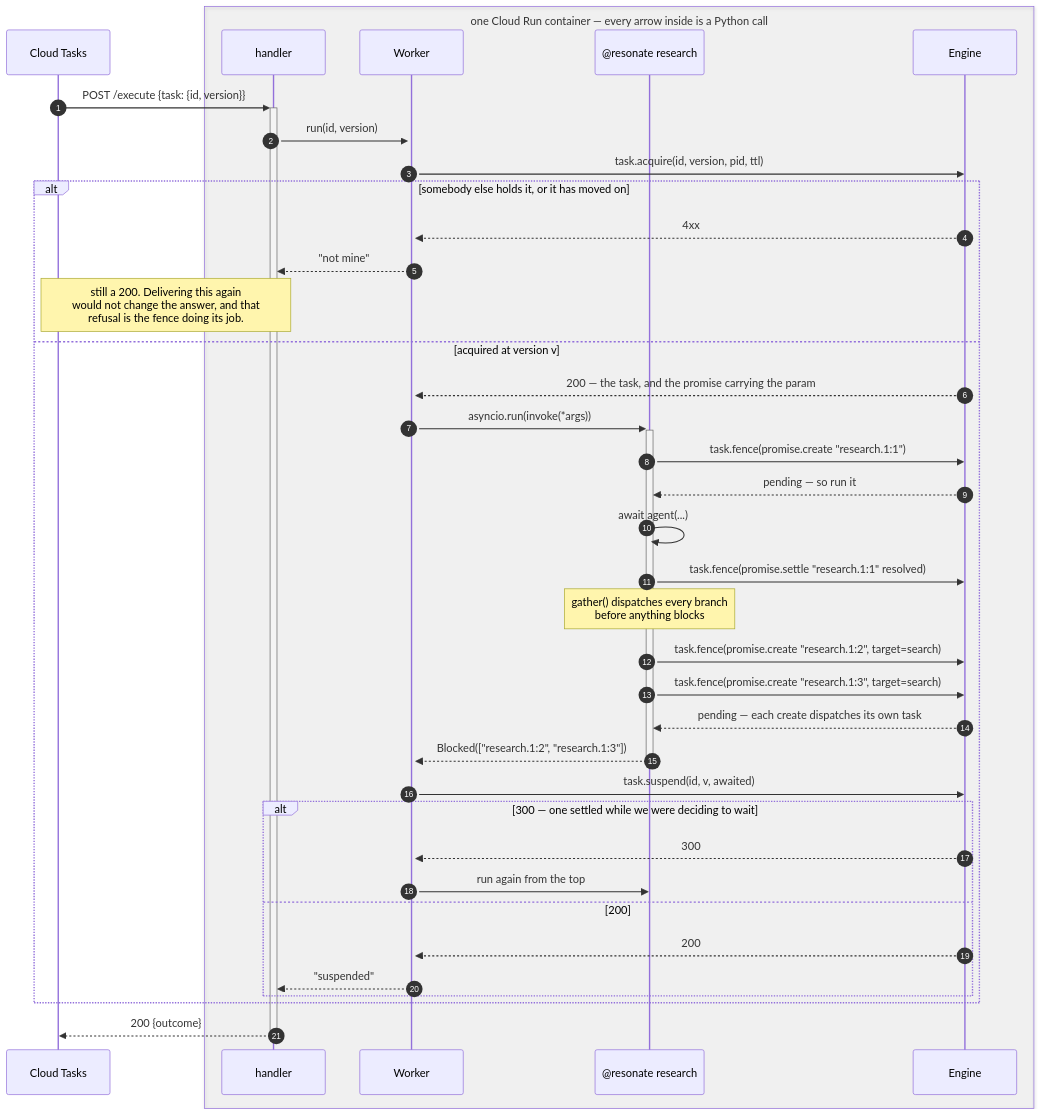
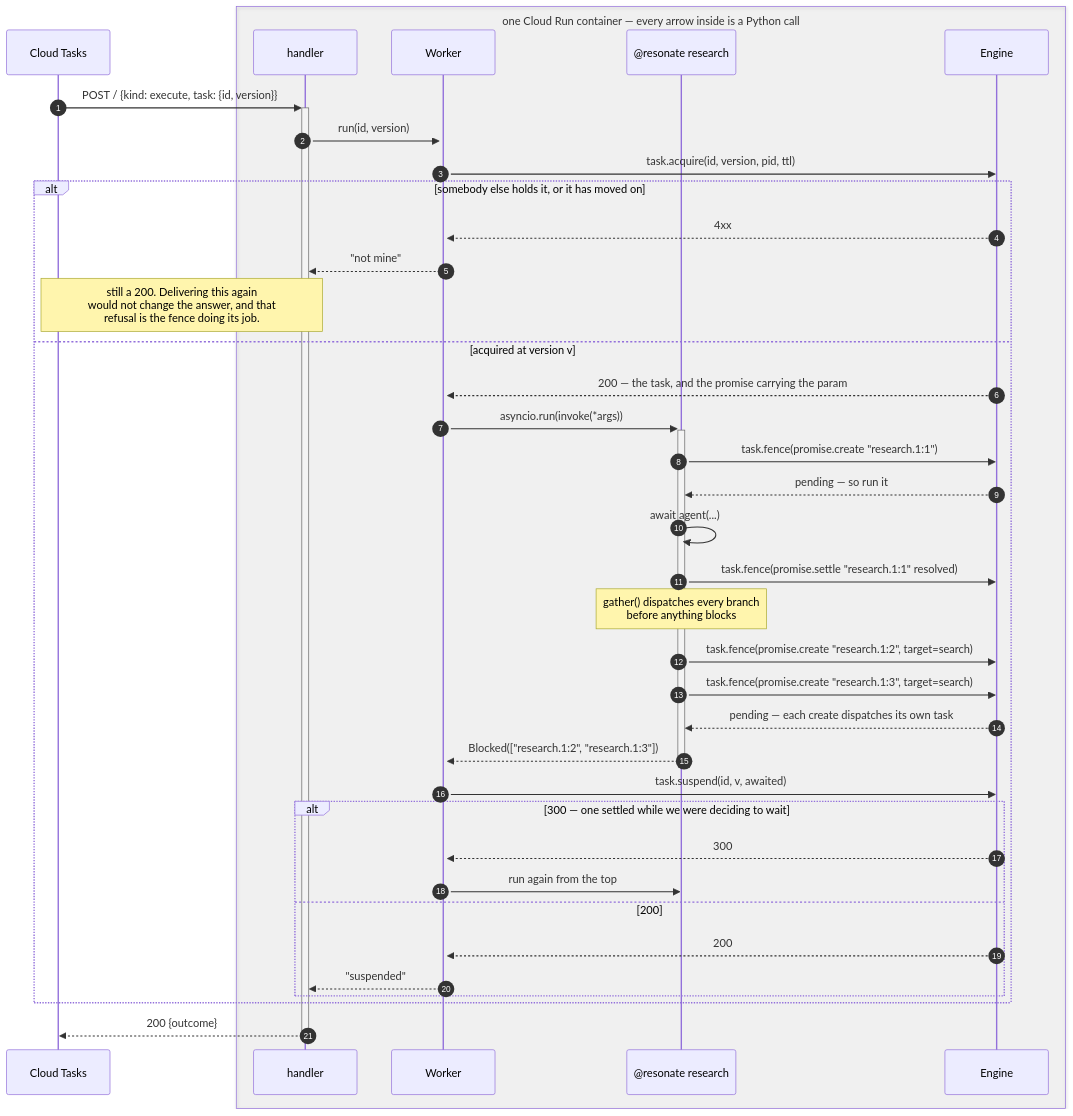
The fourth of 6 diagrams in code/final/SEQUENCE.md (resonatehq/durable-execution), drawn with Mermaid before and after one commit. The commit also changed other lines of this file and 27 other files, not shown here.

````diff
--- a/code/final/SEQUENCE.md
+++ b/code/final/SEQUENCE.md
@@ -152,46 +152,46 @@
 ```mermaid
 sequenceDiagram
     autonumber
     participant Q as Cloud Tasks
     box rgba(128,128,128,0.08) one Cloud Run container — every arrow inside is a Python call
         participant H as handler
         participant W as Worker
         participant Fn as @resonate research
         participant E as Engine
     end
 
-    Q->>+H: POST /execute {task: {id, version}}
+    Q->>+H: POST / {kind: execute, task: {id, version}}
     H->>+W: run(id, version)
     W->>E: task.acquire(id, version, pid, ttl)
 
     alt somebody else holds it, or it has moved on
         E-->>W: 4xx
         W-->>H: "not mine"
         Note over H,Q: still a 200. Delivering this again<br/>would not change the answer, and that<br/>refusal is the fence doing its job.
     else acquired at version v
         E-->>W: 200 — the task, and the promise carrying the param
         W->>+Fn: asyncio.run(invoke(*args))
 
         Fn->>E: task.fence(promise.create "research.1:1")
         E-->>Fn: pending — so run it
         Fn->>Fn: await agent(...)
         Fn->>E: task.fence(promise.settle "research.1:1" resolved)
 
         Note over Fn: gather() dispatches every branch<br/>before anything blocks
         Fn->>E: task.fence(promise.create "research.1:2", target=search)
         Fn->>E: task.fence(promise.create "research.1:3", target=search)
         E-->>Fn: pending — each create dispatches its own task
         Fn-->>-W: Blocked(["research.1:2", "research.1:3"])
 
         W->>E: task.suspend(id, v, awaited)
         alt 300 — one settled while we were deciding to wait
             E-->>W: 300
             W->>Fn: run again from the top
         else 200
             E-->>W: 200
             W-->>H: "suspended"
         end
     end
 
     H-->>-Q: 200 {outcome}
 ```
````
